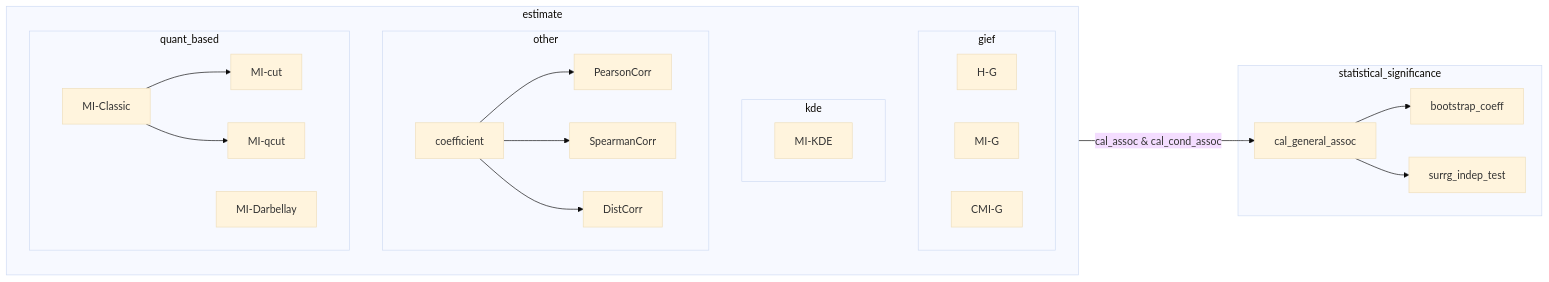
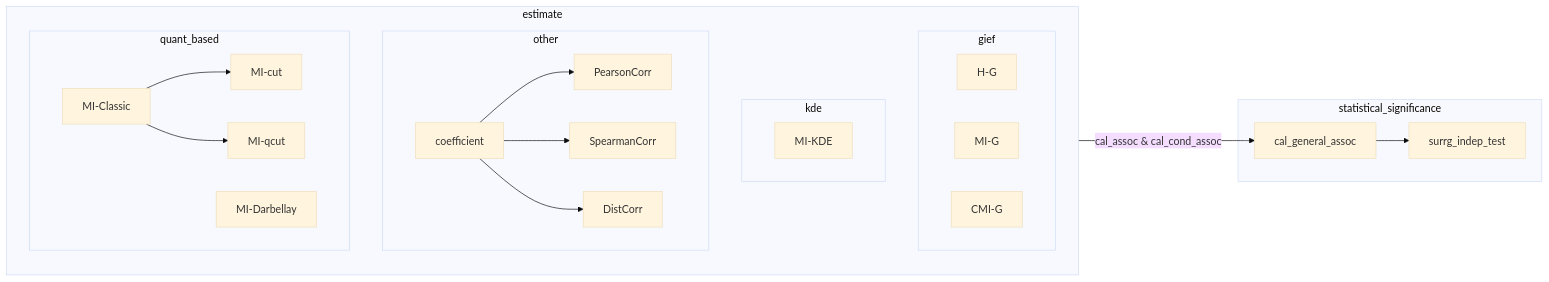
One commit to Ulti-Dreisteine/ToMerge-General-Information-Estimation-Framework changed the diagram in README.md. Above: the diagram before and after it, drawn with Mermaid (base theme). The commit also changed other lines of this file and 14 other files, not shown here.

````diff
--- a/README.md
+++ b/README.md
@@ -47,28 +48,28 @@
 ```mermaid
 flowchart LR
 
 subgraph estimate
     subgraph gief
         H-G & MI-G & CMI-G
     end
 
     subgraph kde
         MI-KDE
     end
 
     subgraph other
         coefficient --> PearsonCorr & SpearmanCorr & DistCorr
     end
 
     subgraph quant_based
         MI-Classic --> MI-cut & MI-qcut
         MI-Darbellay
     end
 end
 
 subgraph statistical_significance
-    cal_general_assoc --> bootstrap_coeff & surrg_indep_test
+    cal_general_assoc --> surrg_indep_test
 end
 
 estimate --cal_assoc & cal_cond_assoc--> cal_general_assoc
 ```
````
